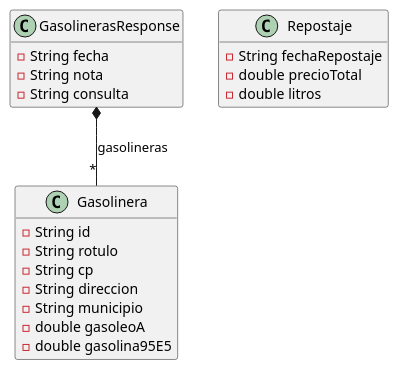
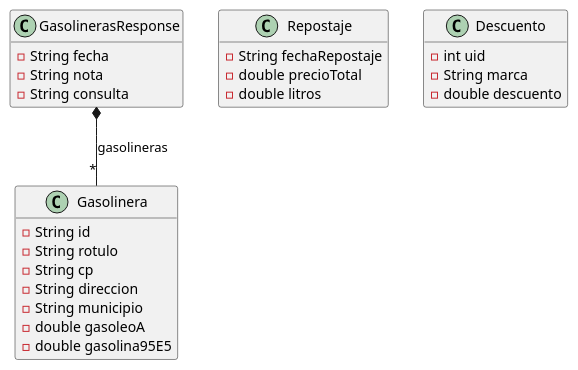
Before and after one commit to isunican/App-Gasolineras-Grupo3: the diagram in Docs/Models/domain.puml, drawn with PlantUML. The commit also changed 2 other files, not shown here.

Commit message:
Actualizados diagramas UML

```diff
--- a/Docs/Models/domain.puml
+++ b/Docs/Models/domain.puml
@@ -1,29 +1,37 @@
 @startuml
 
 hide empty members
 
 class Gasolinera {
     - String id
     - String rotulo
     - String cp
     - String direccion
     - String municipio
     - double gasoleoA
     - double gasolina95E5
 }
 
 class GasolinerasResponse {
     - String fecha
     - String nota
     - String consulta
 }
 
 class Repostaje {
       - String fechaRepostaje
       - double precioTotal
       - double litros
 }
 
+class Descuento {
+      - int uid
+      - String marca
+      - double descuento
+}
+
+
+
 GasolinerasResponse *-- "*" Gasolinera : gasolineras
 
 @enduml
```
